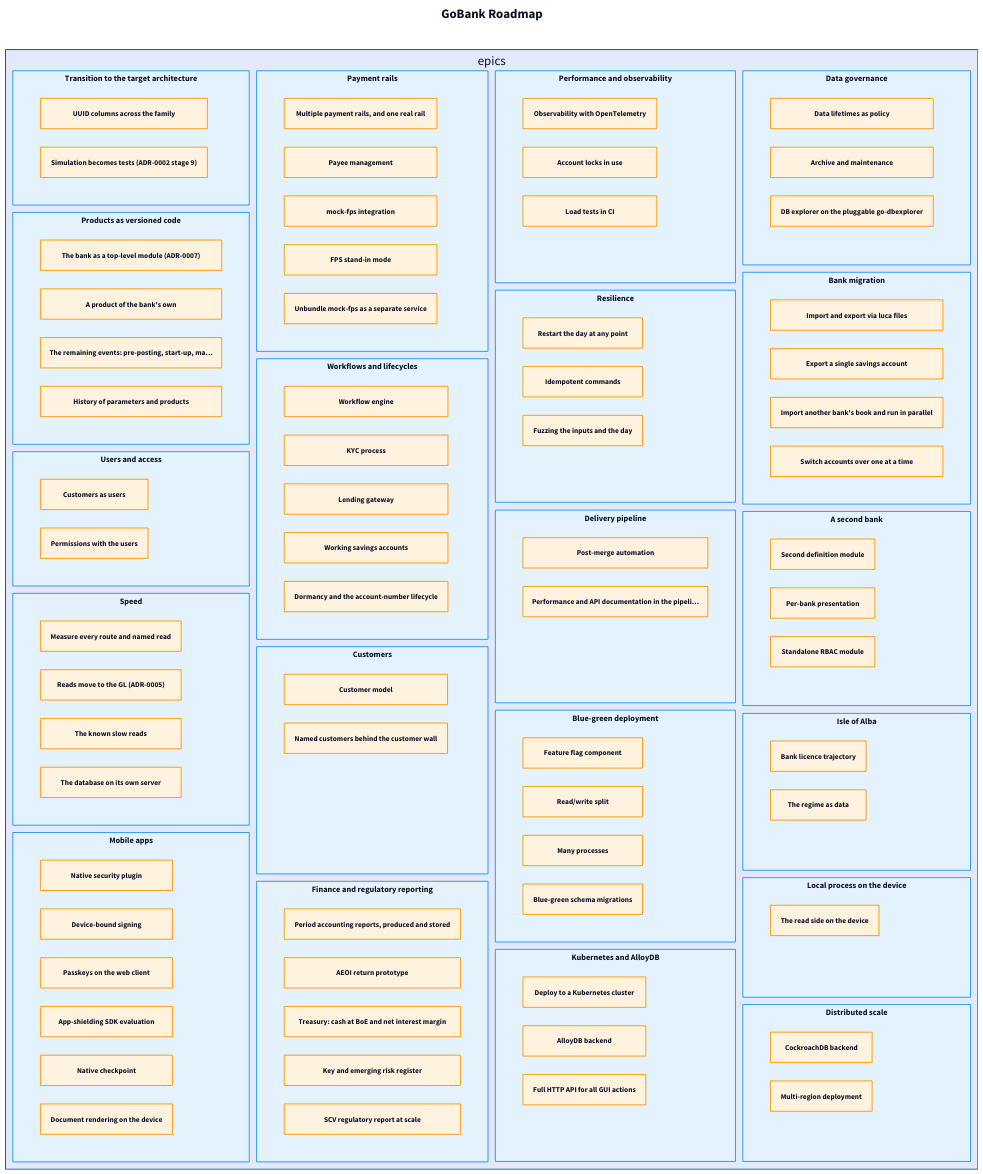
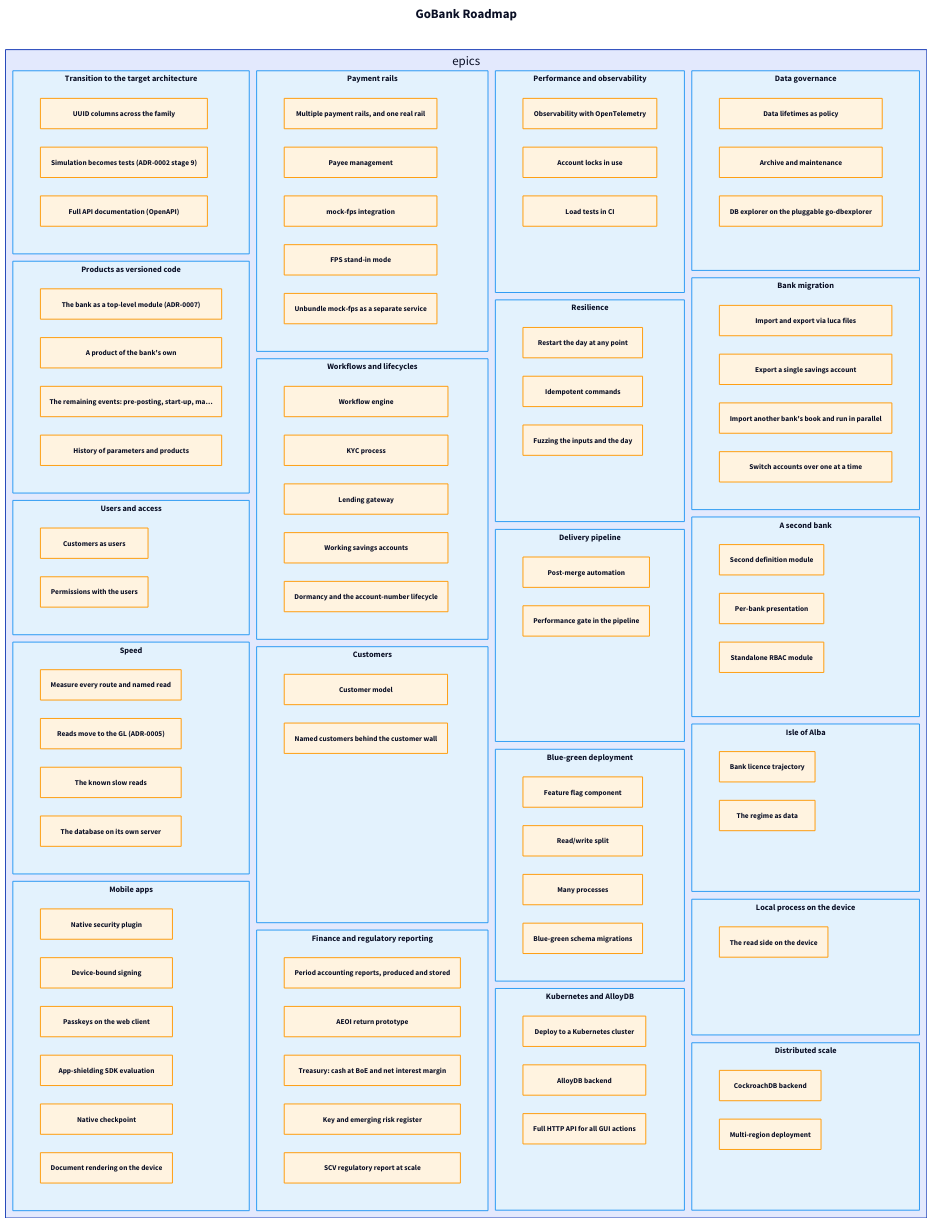
Before and after one commit to drummonds/gobank: the diagram in roadmap.d2, drawn with D2. The commit also changed 2 other files, not shown here.

Commit message:
Roadmap: full API documentation (#133) under the transition; #108 narrows to the performance gate

```diff
--- a/roadmap.d2
+++ b/roadmap.d2
@@ -1,163 +1,164 @@
 direction: right
 
 title: GoBank Roadmap {
   shape: text
   style.font-size: 28
   style.bold: true
 }
 
 classes: {
   item: { style.fill: "#fff3e0"; style.stroke: "#ff9800" }
   epic: { style.fill: "#e3f2fd"; style.stroke: "#2196f3"; style.font-size: 18; style.bold: true }
 }
 
 # Drawn from ROADMAP.md: the open items by epic. Shipped stories are in the changelog.
 epics: {
   grid-columns: 4
   grid-gap: 16
   e1: "Transition to the target architecture" {
     class: epic
     grid-columns: 1
     uuid_columns: "UUID columns across the family" { class: item }
     simulation_tests: "Simulation becomes tests (ADR-0002 stage 9)" { class: item }
+    api_docs: "Full API documentation (OpenAPI)" { class: item }
   }
   e2: "Products as versioned code" {
     class: epic
     grid-columns: 1
     bank_module: "The bank as a top-level module (ADR-0007)" { class: item }
     own_product: "A product of the bank's own" { class: item }
     remaining_events: "The remaining events: pre-posting, start-up, ma…" { class: item }
     parameter_history: "History of parameters and products" { class: item }
   }
   e3: "Users and access" {
     class: epic
     grid-columns: 1
     customers_as_users: "Customers as users" { class: item }
     permissions: "Permissions with the users" { class: item }
   }
   e4: "Speed" {
     class: epic
     grid-columns: 1
     measure: "Measure every route and named read" { class: item }
     gl_reads: "Reads move to the GL (ADR-0005)" { class: item }
     known_reads: "The known slow reads" { class: item }
     db_server: "The database on its own server" { class: item }
   }
   e5: "Mobile apps" {
     class: epic
     grid-columns: 1
     native_plugin: "Native security plugin" { class: item }
     device_signing: "Device-bound signing" { class: item }
     web_passkeys: "Passkeys on the web client" { class: item }
     app_shielding: "App-shielding SDK evaluation" { class: item }
     native_checkpoint: "Native checkpoint" { class: item }
     device_rendering: "Document rendering on the device" { class: item }
   }
   e6: "Payment rails" {
     class: epic
     grid-columns: 1
     rails: "Multiple payment rails, and one real rail" { class: item }
     payees: "Payee management" { class: item }
     mock_fps: "mock-fps integration" { class: item }
     fps_standin: "FPS stand-in mode" { class: item }
     unbundle_fps: "Unbundle mock-fps as a separate service" { class: item }
   }
   e7: "Workflows and lifecycles" {
     class: epic
     grid-columns: 1
     workflow_engine: "Workflow engine" { class: item }
     kyc: "KYC process" { class: item }
     lending_gateway: "Lending gateway" { class: item }
     savings_lifecycle: "Working savings accounts" { class: item }
     dormancy: "Dormancy and the account-number lifecycle" { class: item }
   }
   e8: "Customers" {
     class: epic
     grid-columns: 1
     customer_model: "Customer model" { class: item }
     customer_wall: "Named customers behind the customer wall" { class: item }
   }
   e9: "Finance and regulatory reporting" {
     class: epic
     grid-columns: 1
     period_reports: "Period accounting reports, produced and stored" { class: item }
     aeoi: "AEOI return prototype" { class: item }
     treasury_nim: "Treasury: cash at BoE and net interest margin" { class: item }
     risk_register: "Key and emerging risk register" { class: item }
     scv: "SCV regulatory report at scale" { class: item }
   }
   e10: "Performance and observability" {
     class: epic
     grid-columns: 1
     otel: "Observability with OpenTelemetry" { class: item }
     lock_telemetry: "Account locks in use" { class: item }
     load_tests: "Load tests in CI" { class: item }
   }
   e11: "Resilience" {
     class: epic
     grid-columns: 1
     restart_anywhere: "Restart the day at any point" { class: item }
     idempotent: "Idempotent commands" { class: item }
     fuzzing: "Fuzzing the inputs and the day" { class: item }
   }
   e12: "Delivery pipeline" {
     class: epic
     grid-columns: 1
     post_merge: "Post-merge automation" { class: item }
-    pipeline_gates: "Performance and API documentation in the pipeli…" { class: item }
+    pipeline_gates: "Performance gate in the pipeline" { class: item }
   }
   e13: "Blue-green deployment" {
     class: epic
     grid-columns: 1
     flags: "Feature flag component" { class: item }
     rw_split: "Read/write split" { class: item }
     many_processes: "Many processes" { class: item }
     bg_migrations: "Blue-green schema migrations" { class: item }
   }
   e14: "Kubernetes and AlloyDB" {
     class: epic
     grid-columns: 1
     k8s: "Deploy to a Kubernetes cluster" { class: item }
     alloydb: "AlloyDB backend" { class: item }
     full_api: "Full HTTP API for all GUI actions" { class: item }
   }
   e15: "Data governance" {
     class: epic
     grid-columns: 1
     lifetimes: "Data lifetimes as policy" { class: item }
     archive: "Archive and maintenance" { class: item }
     dbexplorer: "DB explorer on the pluggable go-dbexplorer" { class: item }
   }
   e16: "Bank migration" {
     class: epic
     grid-columns: 1
     luca_io: "Import and export via luca files" { class: item }
     export_account: "Export a single savings account" { class: item }
     import_bank: "Import another bank's book and run in parallel" { class: item }
     switchover: "Switch accounts over one at a time" { class: item }
   }
   e17: "A second bank" {
     class: epic
     grid-columns: 1
     second_definition: "Second definition module" { class: item }
     per_bank_presentation: "Per-bank presentation" { class: item }
     rbac_module: "Standalone RBAC module" { class: item }
   }
   e18: "Isle of Alba" {
     class: epic
     grid-columns: 1
     licence: "Bank licence trajectory" { class: item }
     regime: "The regime as data" { class: item }
   }
   e19: "Local process on the device" {
     class: epic
     grid-columns: 1
     device_reads: "The read side on the device" { class: item }
   }
   e20: "Distributed scale" {
     class: epic
     grid-columns: 1
     cockroach: "CockroachDB backend" { class: item }
     multi_region: "Multi-region deployment" { class: item }
   }
 }
```
